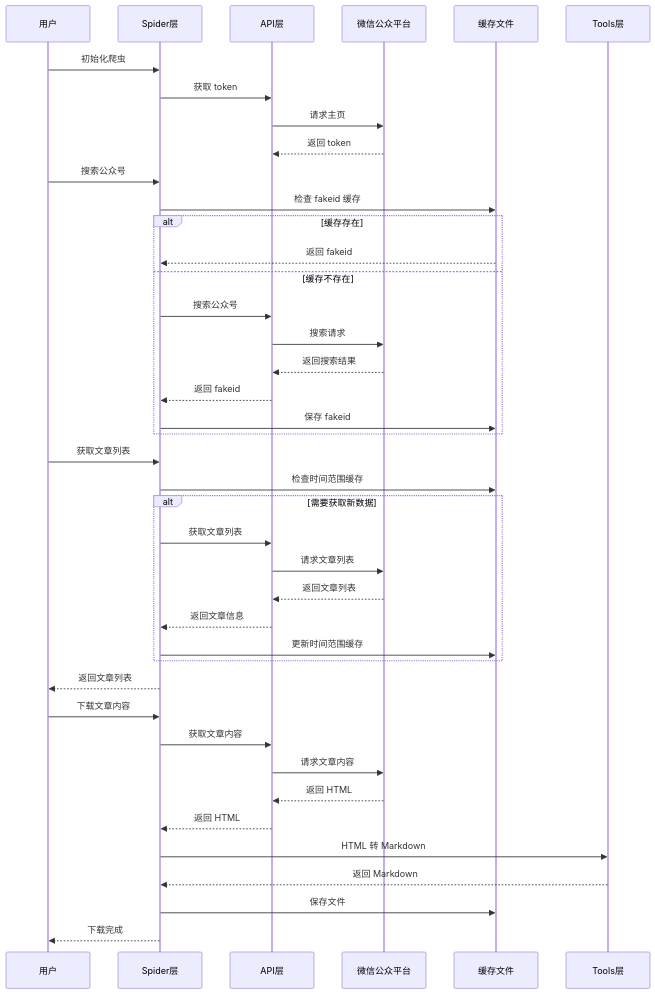
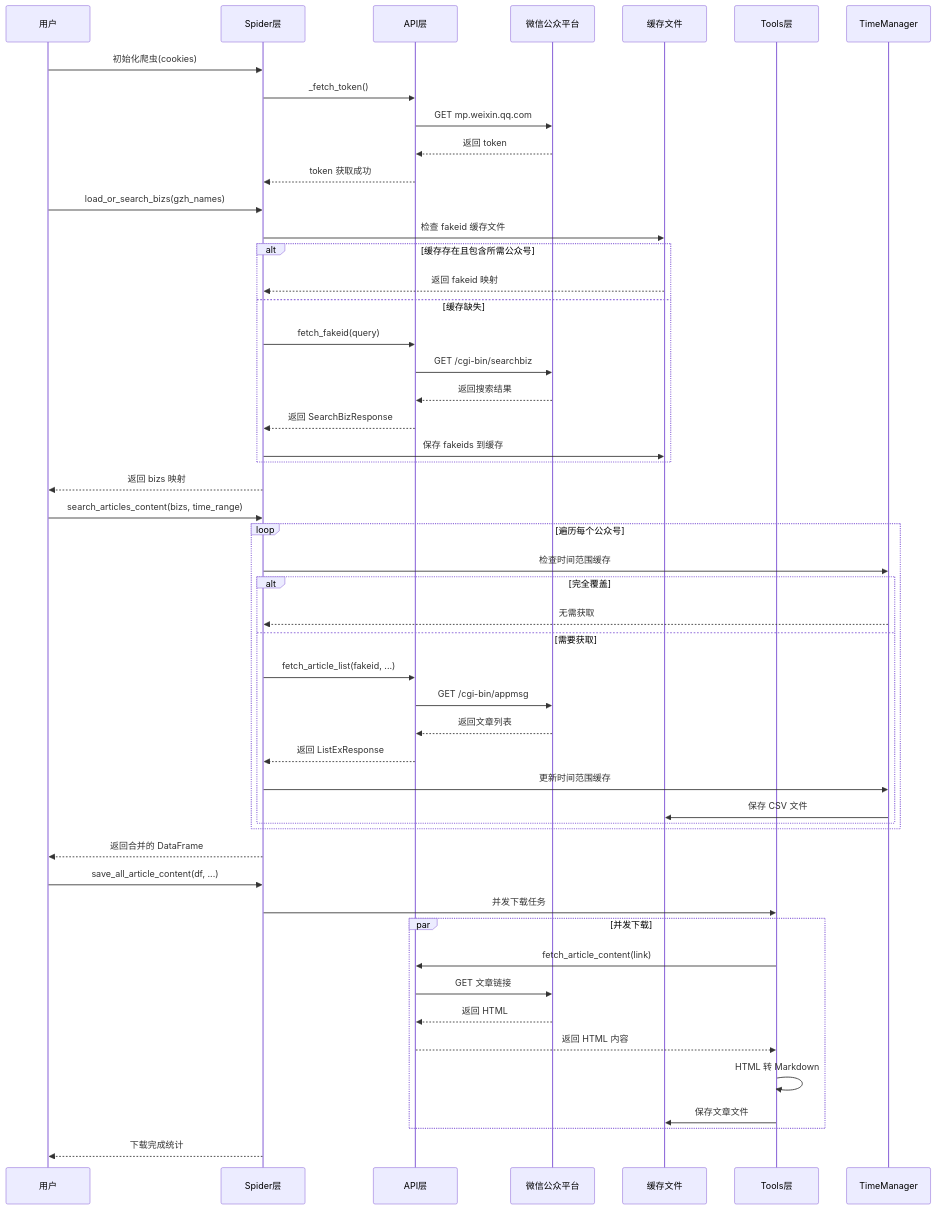
Before and after one commit to morning-start/wxmp: the first of 2 diagrams in wiki/项目概览.md, drawn with Mermaid. The commit also changed other lines of this file and 10 other files, not shown here.

````diff
--- a/wiki/项目概览.md
+++ b/wiki/项目概览.md
@@ -100,47 +109,57 @@
 ```mermaid
 sequenceDiagram
     participant User as 用户
     participant Spider as Spider层
     participant API as API层
     participant WxMP as 微信公众平台
     participant Cache as 缓存文件
     participant Tools as Tools层
+    participant TimeMgr as TimeManager
 
-    User->>Spider: 初始化爬虫
-    Spider->>API: 获取 token
-    API->>WxMP: 请求主页
+    User->>Spider: 初始化爬虫(cookies)
+    Spider->>API: _fetch_token()
+    API->>WxMP: GET mp.weixin.qq.com
     WxMP-->>API: 返回 token
+    API-->>Spider: token 获取成功
 
-    User->>Spider: 搜索公众号
-    Spider->>Cache: 检查 fakeid 缓存
-    alt 缓存存在
-        Cache-->>Spider: 返回 fakeid
-    else 缓存不存在
-        Spider->>API: 搜索公众号
-        API->>WxMP: 搜索请求
+    User->>Spider: load_or_search_bizs(gzh_names)
+    Spider->>Cache: 检查 fakeid 缓存文件
+    alt 缓存存在且包含所需公众号
+        Cache-->>Spider: 返回 fakeid 映射
+    else 缓存缺失
+        Spider->>API: fetch_fakeid(query)
+        API->>WxMP: GET /cgi-bin/searchbiz
         WxMP-->>API: 返回搜索结果
-        API-->>Spider: 返回 fakeid
-        Spider->>Cache: 保存 fakeid
+        API-->>Spider: 返回 SearchBizResponse
+        Spider->>Cache: 保存 fakeids 到缓存
     end
+    Spider-->>User: 返回 bizs 映射
 
-    User->>Spider: 获取文章列表
-    Spider->>Cache: 检查时间范围缓存
-    alt 需要获取新数据
-        Spider->>API: 获取文章列表
-        API->>WxMP: 请求文章列表
-        WxMP-->>API: 返回文章列表
-        API-->>Spider: 返回文章信息
-        Spider->>Cache: 更新时间范围缓存
+    User->>Spider: search_articles_content(bizs, time_range)
+    loop 遍历每个公众号
+        Spider->>TimeMgr: 检查时间范围缓存
+        alt 完全覆盖
+            TimeMgr-->>Spider: 无需获取
+        else 需要获取
+            Spider->>API: fetch_article_list(fakeid, ...)
+            API->>WxMP: GET /cgi-bin/appmsg
+            WxMP-->>API: 返回文章列表
+            API-->>Spider: 返回 ListExResponse
+            Spider->>TimeMgr: 更新时间范围缓存
+            TimeMgr->>Cache: 保存 CSV 文件
+        end
     end
-    Spider-->>User: 返回文章列表
+    Spider-->>User: 返回合并的 DataFrame
 
-    User->>Spider: 下载文章内容
-    Spider->>API: 获取文章内容
-    API->>WxMP: 请求文章内容
-    WxMP-->>API: 返回 HTML
-    API-->>Spider: 返回 HTML
-    Spider->>Tools: HTML 转 Markdown
-    Tools-->>Spider: 返回 Markdown
-    Spider->>Cache: 保存文件
-    Spider-->>User: 下载完成
+    User->>Spider: save_all_article_content(df, ...)
+    Spider->>Tools: 并发下载任务
+    par 并发下载
+        Tools->>API: fetch_article_content(link)
+        API->>WxMP: GET 文章链接
+        WxMP-->>API: 返回 HTML
+        API-->>Tools: 返回 HTML 内容
+        Tools->>Tools: HTML 转 Markdown
+        Tools->>Cache: 保存文章文件
+    end
+    Spider-->>User: 下载完成统计
 ```
````
